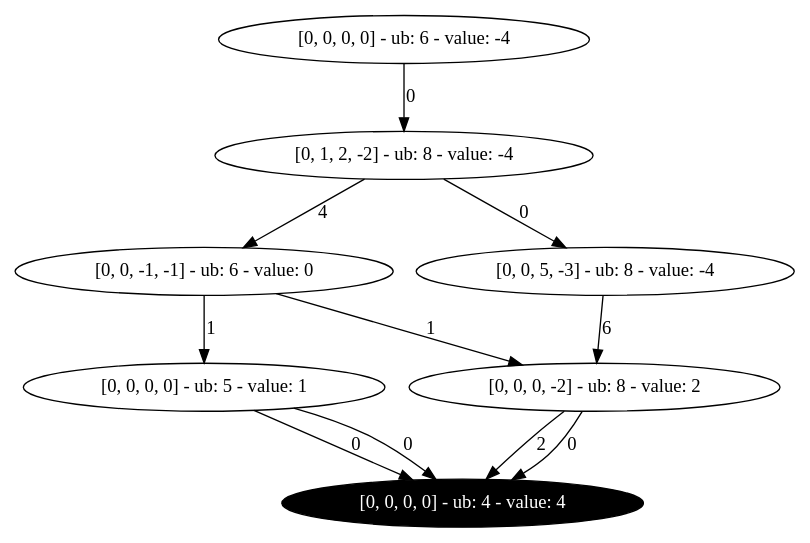
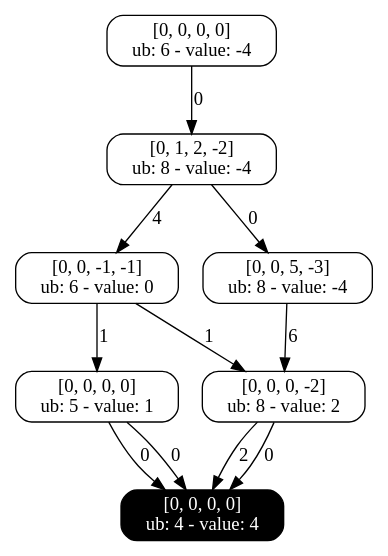
One commit to DDOLIB-CETIC-UCL/DDOLib changed the diagram in output/MCPProblem_restricted.dot. Above: the diagram before and after it, drawn with Graphviz. The commit also changed 7 other files, not shown here.

```diff
--- a/output/MCPProblem_restricted.dot
+++ b/output/MCPProblem_restricted.dot
@@ -1,19 +1,26 @@
 Digraph restricted{
-2108649164 [label="[0, 0, 0, 0] - ub: 6 - value: -4", tooltip="Exact node"];
-824318946 [label="[0, 1, 2, -2] - ub: 8 - value: -4", tooltip="Exact node"];
-2108649164 -> 824318946 [label=0tooltip="Decision: assign 0 to var 0"];
-930990596 [label="[0, 0, -1, -1] - ub: 6 - value: 0", tooltip="Exact node"];
-824318946 -> 930990596 [label=4tooltip="Decision: assign 1 to var 1"];
-1921595561 [label="[0, 0, 5, -3] - ub: 8 - value: -4", tooltip="Exact node"];
-824318946 -> 1921595561 [label=0tooltip="Decision: assign 0 to var 1"];
-1109371569 [label="[0, 0, 0, -2] - ub: 8 - value: 2", tooltip="Exact node"];
-930990596 -> 1109371569 [label=1tooltip="Decision: assign 0 to var 2"];
-1921595561 -> 1109371569 [label=6tooltip="Decision: assign 1 to var 2"];
-728890494 [label="[0, 0, 0, 0] - ub: 5 - value: 1", tooltip="Exact node"];
-930990596 -> 728890494 [label=1tooltip="Decision: assign 1 to var 2"];
-1558600329 [label="[0, 0, 0, 0] - ub: 4 - value: 4", tooltip="Exact node", color=black, style=filled, fontcolor=white, tooltip="Terminal node"];
-1109371569 -> 1558600329 [label=2tooltip="Decision: assign 0 to var 3"];
-1109371569 -> 1558600329 [label=0tooltip="Decision: assign 1 to var 3"];
-728890494 -> 1558600329 [label=0tooltip="Decision: assign 0 to var 3"];
-728890494 -> 1558600329 [label=0tooltip="Decision: assign 1 to var 3"];
+835648992 [label="[0, 0, 0, 0]
+ub: 6 - value: -4", style=rounded, shape=rectangle, tooltip="Exact node"];
+1368884364 [label="[0, 1, 2, -2]
+ub: 8 - value: -4", style=rounded, shape=rectangle, tooltip="Exact node"];
+835648992 -> 1368884364 [label=0, tooltip="Decision: assign 0 to var 0"];
+401625763 [label="[0, 0, -1, -1]
+ub: 6 - value: 0", style=rounded, shape=rectangle, tooltip="Exact node"];
+1368884364 -> 401625763 [label=4, tooltip="Decision: assign 1 to var 1"];
+772777427 [label="[0, 0, 5, -3]
+ub: 8 - value: -4", style=rounded, shape=rectangle, tooltip="Exact node"];
+1368884364 -> 772777427 [label=0, tooltip="Decision: assign 0 to var 1"];
+1104106489 [label="[0, 0, 0, -2]
+ub: 8 - value: 2", style=rounded, shape=rectangle, tooltip="Exact node"];
+401625763 -> 1104106489 [label=1, tooltip="Decision: assign 0 to var 2"];
+772777427 -> 1104106489 [label=6, tooltip="Decision: assign 1 to var 2"];
+94438417 [label="[0, 0, 0, 0]
+ub: 5 - value: 1", style=rounded, shape=rectangle, tooltip="Exact node"];
+401625763 -> 94438417 [label=1, tooltip="Decision: assign 1 to var 2"];
+787604730 [label="[0, 0, 0, 0]
+ub: 4 - value: 4", style=rounded, shape=rectangle, tooltip="Exact node", style="filled, rounded", shape=rectangle, color=black, fontcolor=white, tooltip="Terminal node"];
+1104106489 -> 787604730 [label=2, tooltip="Decision: assign 0 to var 3"];
+1104106489 -> 787604730 [label=0, tooltip="Decision: assign 1 to var 3"];
+94438417 -> 787604730 [label=0, tooltip="Decision: assign 0 to var 3"];
+94438417 -> 787604730 [label=0, tooltip="Decision: assign 1 to var 3"];
 }
```
